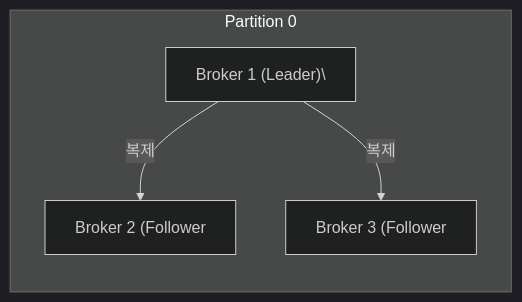
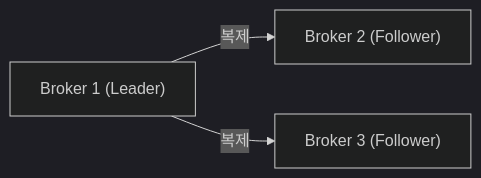
One commit to yjkim2015/yjkim2015.github.io changed diagram 16 of 21 in _posts/kafka/2026-05-01-kafka-internals.md. Above: the diagram before and after it, drawn with Mermaid (dark theme). The commit also changed other lines of this file and 155 other files, not shown here.

First line of the commit message:
Mermaid 전면 수정: subgraph 제거, participant/노드/줄수 축소 (342블록)

````diff
--- a/_posts/kafka/2026-05-01-kafka-internals.md
+++ b/_posts/kafka/2026-05-01-kafka-internals.md
@@ -511,10 +501,5 @@
 ```mermaid
 graph LR
-    subgraph partition["Partition 0"]
-        L["Broker 1 (Leader)\"]
-        F1["Broker 2 (Follower"]
-        F2["Broker 3 (Follower"]
-        L -->|복제| F1
-        L -->|복제| F2
-    end
+    L["Broker 1 (Leader)"] -->|복제| F1["Broker 2 (Follower)"]
+    L -->|복제| F2["Broker 3 (Follower)"]
 ```
````
